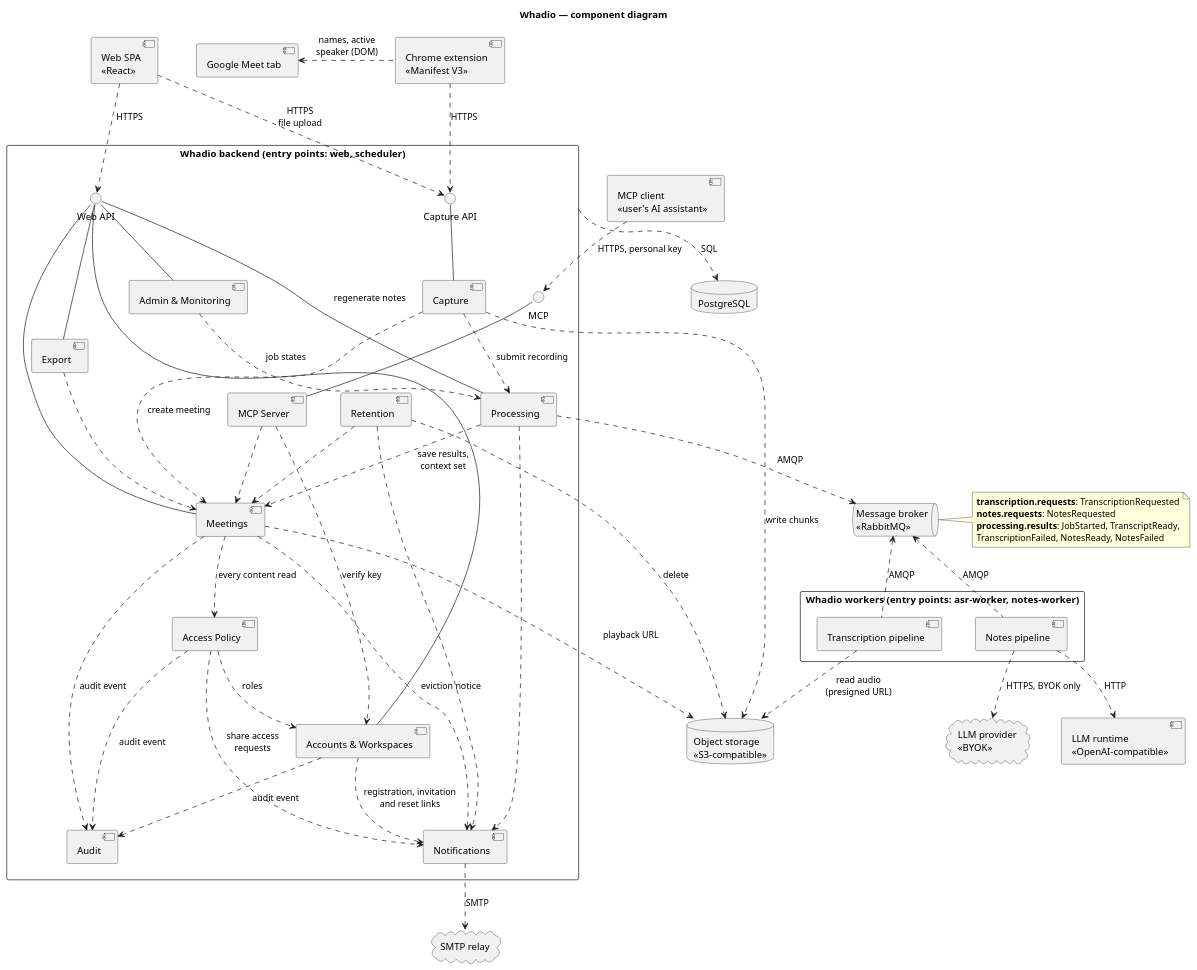
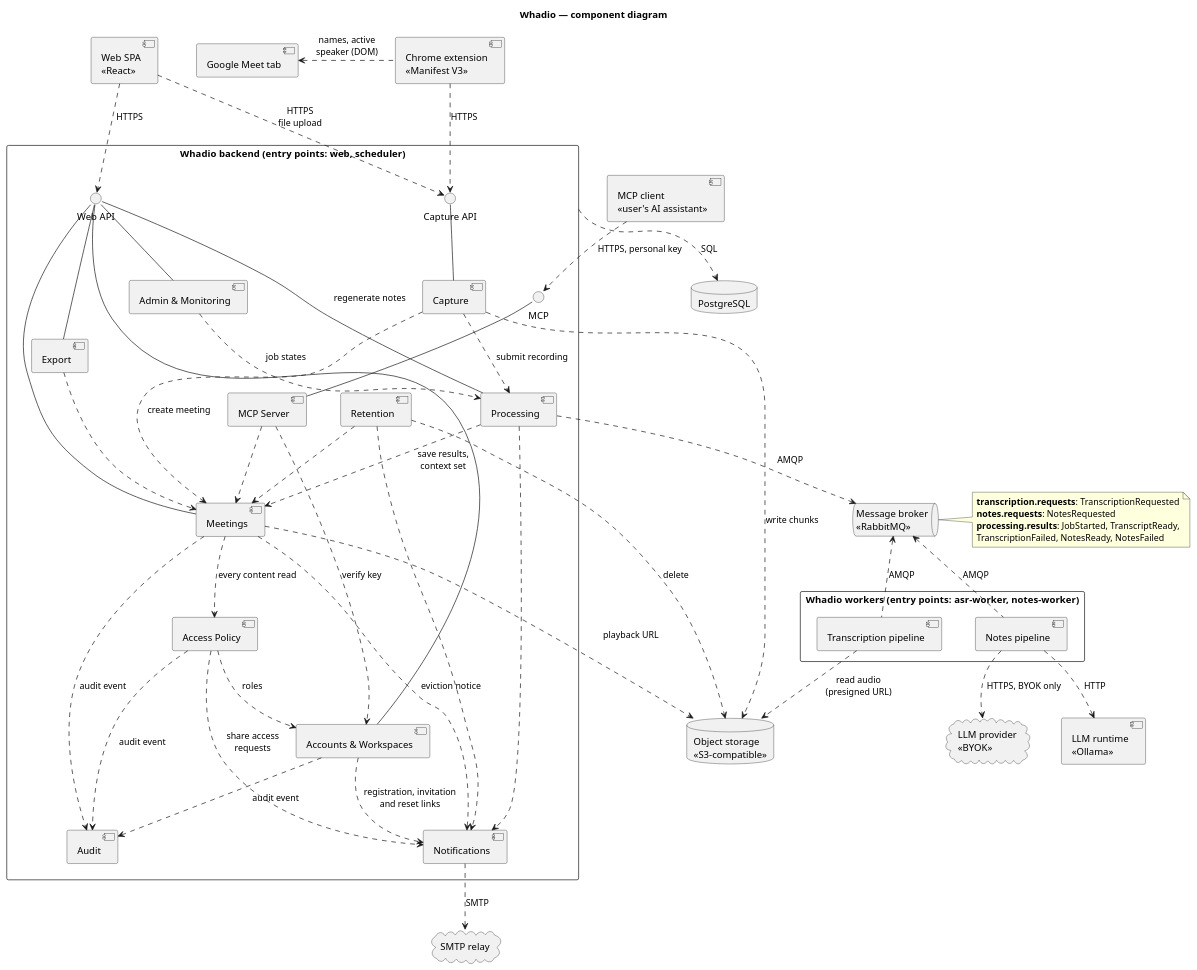
One commit to ukma-fin-ssdm-2026/Whadio changed the diagram in docs/architecture/uml/component-diagram.puml. Above: the diagram before and after it, drawn with PlantUML. The commit also changed 6 other files, not shown here.

First line of the commit message:
docs(#86): show Ollama as the LLM runtime in the design and diagrams

```diff
--- a/docs/architecture/uml/component-diagram.puml
+++ b/docs/architecture/uml/component-diagram.puml
@@ -1,106 +1,106 @@
 @startuml component-diagram
 title Whadio — component diagram
 
 skinparam componentStyle uml2
 skinparam packageStyle rectangle
 skinparam nodesep 50
 skinparam ranksep 60
 
 component "Chrome extension\n<<Manifest V3>>" as ext
 component "Google Meet tab" as meet
 component "Web SPA\n<<React>>" as spa
 component "MCP client\n<<user's AI assistant>>" as mcpClient
 
 package "Whadio backend  (entry points: web, scheduler)" as backend {
   () "Capture API" as ICapture
   () "Web API" as IWeb
   () "MCP" as IMcp
 
   component "Capture" as capture
   component "MCP Server" as mcp
 
   component "Processing" as processing
   component "Admin & Monitoring" as admin
   component "Export" as export
   component "Retention" as retention
 
   component "Meetings" as meetings
   component "Notifications" as notifications
 
   component "Access Policy" as access
   component "Accounts & Workspaces" as accounts
   component "Audit" as audit
 }
 
 queue "Message broker\n<<RabbitMQ>>" as mq
 
 package "Whadio workers  (entry points: asr-worker, notes-worker)" as workers {
   component "Transcription pipeline" as asr
   component "Notes pipeline" as notes
 }
 
 database "PostgreSQL" as db
 database "Object storage\n<<S3-compatible>>" as store
-component "LLM runtime\n<<OpenAI-compatible>>" as llm
+component "LLM runtime\n<<Ollama>>" as llm
 cloud "LLM provider\n<<BYOK>>" as provider
 cloud "SMTP relay" as smtp
 
 note right of mq
   <b>transcription.requests</b>: TranscriptionRequested
   <b>notes.requests</b>: NotesRequested
   <b>processing.results</b>: JobStarted, TranscriptReady,
   TranscriptionFailed, NotesReady, NotesFailed
 end note
 
 ' --- Clients and the provided interfaces ---
 ext .left.> meet : names, active\nspeaker (DOM)
 ext ..> ICapture : HTTPS
 spa ..> IWeb : HTTPS
 spa ..> ICapture : HTTPS\nfile upload
 mcpClient ..> IMcp : HTTPS, personal key
 
 ICapture -- capture
 IWeb -- accounts
 IWeb -- meetings
 IWeb -- processing : regenerate notes
 IWeb -- export
 IWeb -- admin
 IMcp -- mcp
 
 ' --- In-process dependencies inside the backend ---
 capture ..> processing : submit recording
 capture ..> meetings : create meeting
 mcp ..> meetings
 mcp ..> accounts : verify key
 admin ..> processing : job states
 export ..> meetings
 processing ..> meetings : save results,\ncontext set
 processing ..> notifications
 retention ..> meetings
 retention ..> notifications
 access ..> notifications : share access\nrequests
 meetings ..> access : every content read
 access ..> accounts : roles
 meetings ..> notifications : eviction notice
 accounts ..> notifications : registration, invitation\nand reset links
 
 ' --- Audit events, written in the transaction of each change ---
 meetings ..> audit : audit event
 access ..> audit : audit event
 accounts ..> audit : audit event
 
 ' --- Backend <-> workers, only through the broker ---
 processing ..> mq : AMQP
 mq <.. asr : AMQP
 mq <.. notes : AMQP
 
 ' --- Infrastructure ---
 backend ..> db : SQL
 capture ..> store : write chunks
 meetings ..> store : playback URL
 retention ..> store : delete
 notifications ..> smtp : SMTP
 asr ..> store : read audio\n(presigned URL)
 notes ..> llm : HTTP
 notes ..> provider : HTTPS, BYOK only
 @enduml
```
